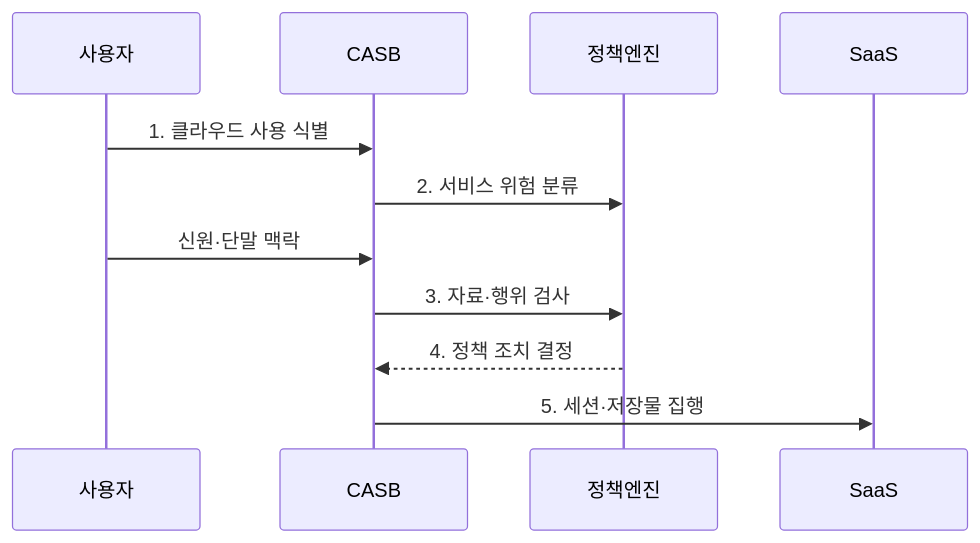
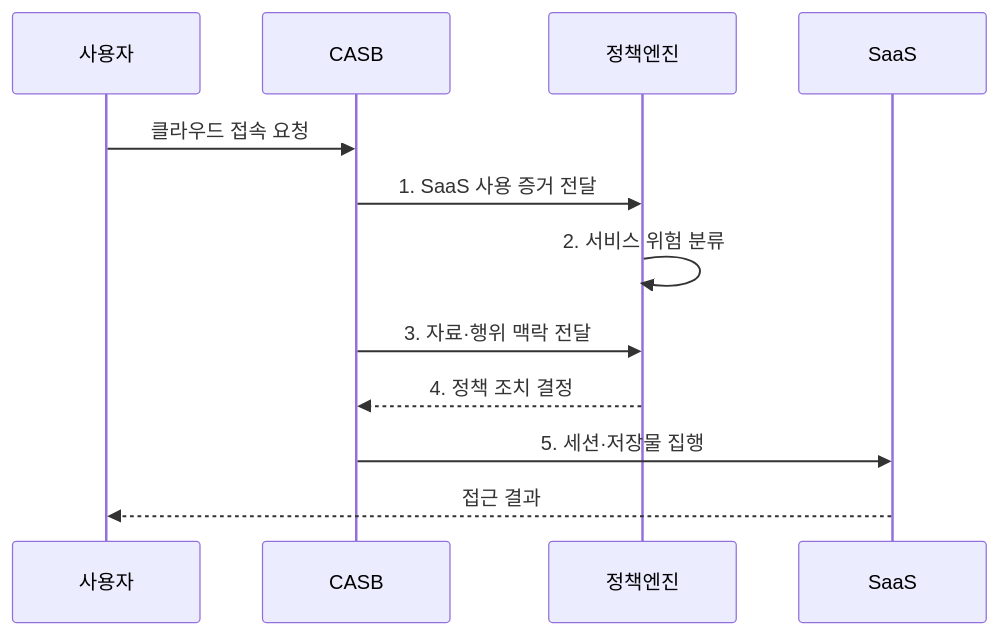
The second of 2 diagrams in src/content/docs/notes/04-network/092_casb.md (agnusdei1207/knowledge-base), drawn with Mermaid before and after one commit. The commit also changed other lines of this file and 20 other files, not shown here.

````diff
--- a/src/content/docs/notes/04-network/092_casb.md
+++ b/src/content/docs/notes/04-network/092_casb.md
@@ -79,13 +85,14 @@
 ```mermaid
 sequenceDiagram
     participant 사용자
     participant CASB
     participant 정책엔진
     participant SaaS
-    사용자->>CASB: 1. 클라우드 사용 식별
-    CASB->>정책엔진: 2. 서비스 위험 분류
-    사용자->>CASB: 신원·단말 맥락
-    CASB->>정책엔진: 3. 자료·행위 검사
+    사용자->>CASB: 클라우드 접속 요청
+    CASB->>정책엔진: 1. SaaS 사용 증거 전달
+    정책엔진->>정책엔진: 2. 서비스 위험 분류
+    CASB->>정책엔진: 3. 자료·행위 맥락 전달
     정책엔진-->>CASB: 4. 정책 조치 결정
     CASB->>SaaS: 5. 세션·저장물 집행
+    SaaS-->>사용자: 접근 결과
 ```
````
